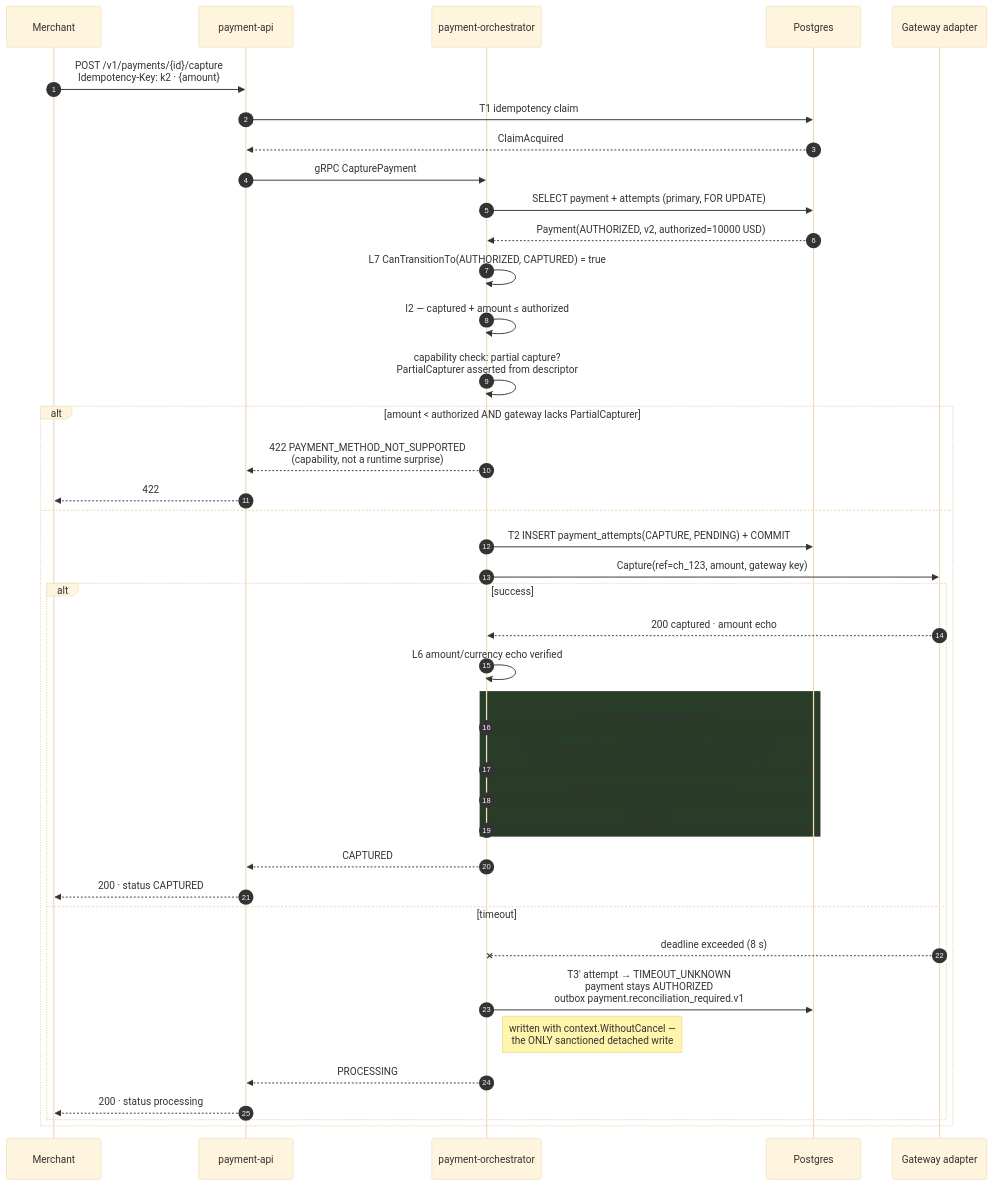
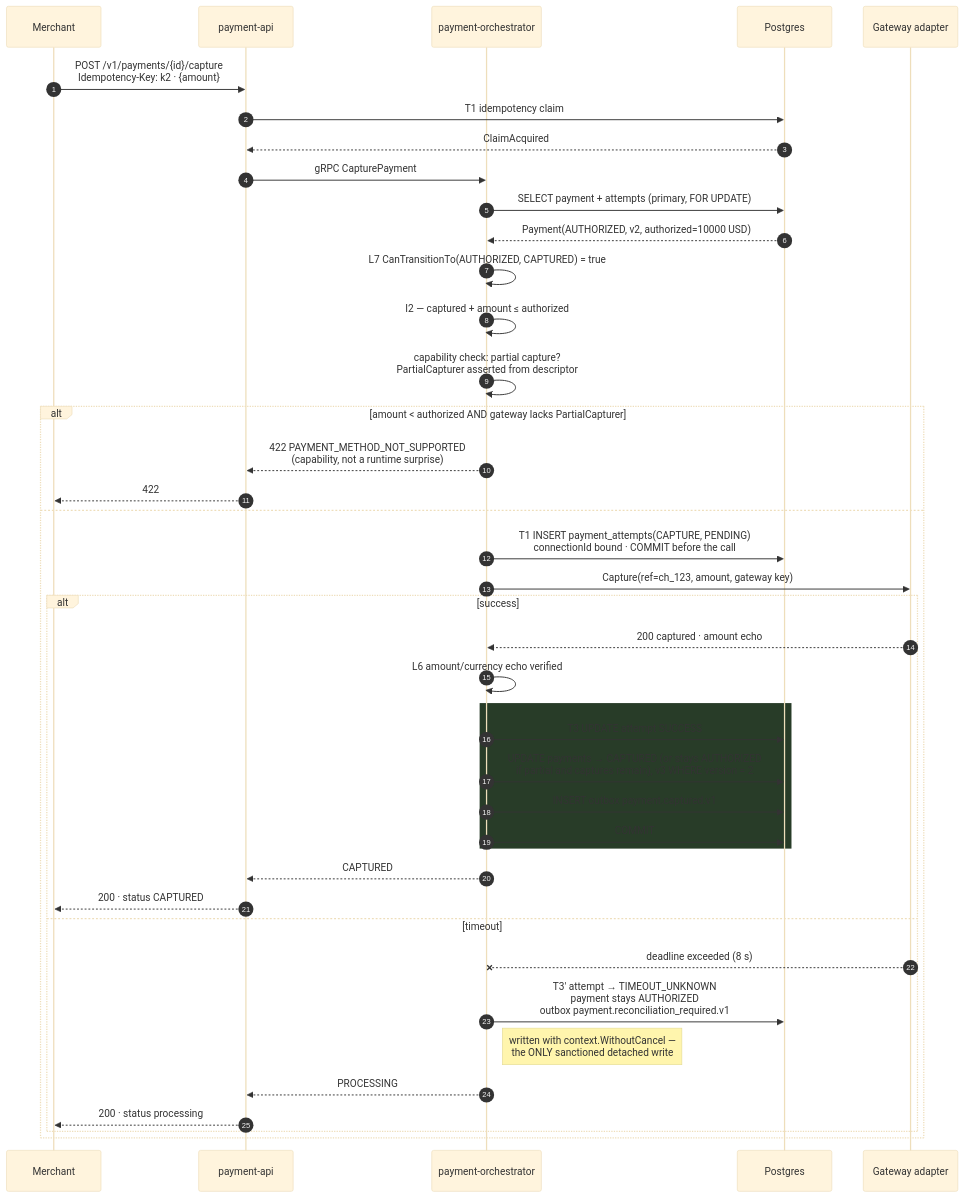
Before and after one commit to udaykishore-resu/payments-platform: the third of 6 diagrams in docs/lld.md, drawn with Mermaid (base theme). The commit also changed other lines of this file and 67 other files, not shown here.

````diff
--- a/docs/lld.md
+++ b/docs/lld.md
@@ -1171,46 +1178,46 @@
 ```mermaid
 sequenceDiagram
     autonumber
     participant M as Merchant
     participant API as payment-api
     participant ORC as payment-orchestrator
     participant PG as Postgres
     participant GW as Gateway adapter
 
     M->>API: POST /v1/payments/{id}/capture<br/>Idempotency-Key: k2 · {amount}
     API->>PG: T1 idempotency claim
     PG-->>API: ClaimAcquired
     API->>ORC: gRPC CapturePayment
 
     ORC->>PG: SELECT payment + attempts (primary, FOR UPDATE)
     PG-->>ORC: Payment(AUTHORIZED, v2, authorized=10000 USD)
     ORC->>ORC: L7 CanTransitionTo(AUTHORIZED, CAPTURED) = true
     ORC->>ORC: I2 — captured + amount ≤ authorized
     ORC->>ORC: capability check: partial capture?<br/>PartialCapturer asserted from descriptor
 
     alt amount < authorized AND gateway lacks PartialCapturer
         ORC-->>API: 422 PAYMENT_METHOD_NOT_SUPPORTED<br/>(capability, not a runtime surprise)
         API-->>M: 422
     else
-        ORC->>PG: T2 INSERT payment_attempts(CAPTURE, PENDING) + COMMIT
+        ORC->>PG: T1 INSERT payment_attempts(CAPTURE, PENDING)<br/>connectionId bound · COMMIT before the call
         ORC->>GW: Capture(ref=ch_123, amount, gateway key)
         alt success
             GW-->>ORC: 200 captured · amount echo
             ORC->>ORC: L6 amount/currency echo verified
             rect rgb(40,60,40)
             ORC->>PG: T3 UPDATE attempt SUCCESS
             ORC->>PG: UPDATE payments → CAPTURED (or stays AUTHORIZED<br/>if partial and captures remain), v3 WHERE version = 2
             ORC->>PG: INSERT outbox payment.captured.v1
             ORC->>PG: COMMIT
             end
             ORC-->>API: CAPTURED
             API-->>M: 200 · status CAPTURED
         else timeout
             GW--xORC: deadline exceeded (8 s)
             ORC->>PG: T3' attempt → TIMEOUT_UNKNOWN<br/>payment stays AUTHORIZED<br/>outbox payment.reconciliation_required.v1
             Note right of ORC: written with context.WithoutCancel —<br/>the ONLY sanctioned detached write
             ORC-->>API: PROCESSING
             API-->>M: 200 · status processing
         end
     end
 ```
````
